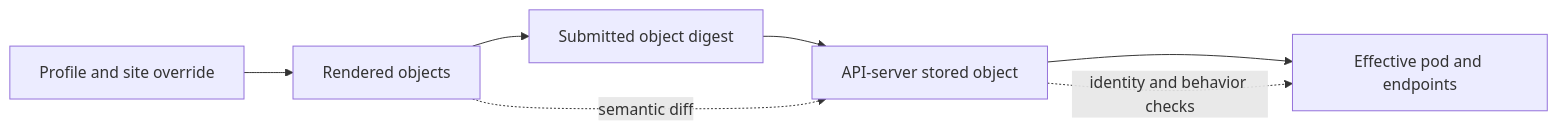
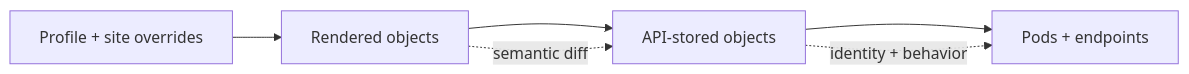
Before and after one commit to bijux/bijux-atlas: the second of 2 diagrams in docs/bijux-atlas-ops/kubernetes/production-qualification.md, drawn with Mermaid. The commit also changed other lines of this file and 2 other files, not shown here.

Commit message:
docs(security): bind deployment controls to live exposure

````diff
--- a/docs/bijux-atlas-ops/kubernetes/production-qualification.md
+++ b/docs/bijux-atlas-ops/kubernetes/production-qualification.md
@@ -102,9 +73,8 @@
 ```mermaid
 flowchart LR
-    Authored["Profile and site override"] --> Rendered["Rendered objects"]
-    Rendered --> Submitted["Submitted object digest"]
-    Submitted --> Admitted["API-server stored object"]
-    Admitted --> Live["Effective pod and endpoints"]
+    Authored[Profile + site overrides] --> Rendered[Rendered objects]
+    Rendered --> Admitted[API-stored objects]
+    Admitted --> Live[Pods + endpoints]
     Rendered -. semantic diff .-> Admitted
-    Admitted -. identity and behavior checks .-> Live
+    Admitted -. identity + behavior .-> Live
 ```
````
